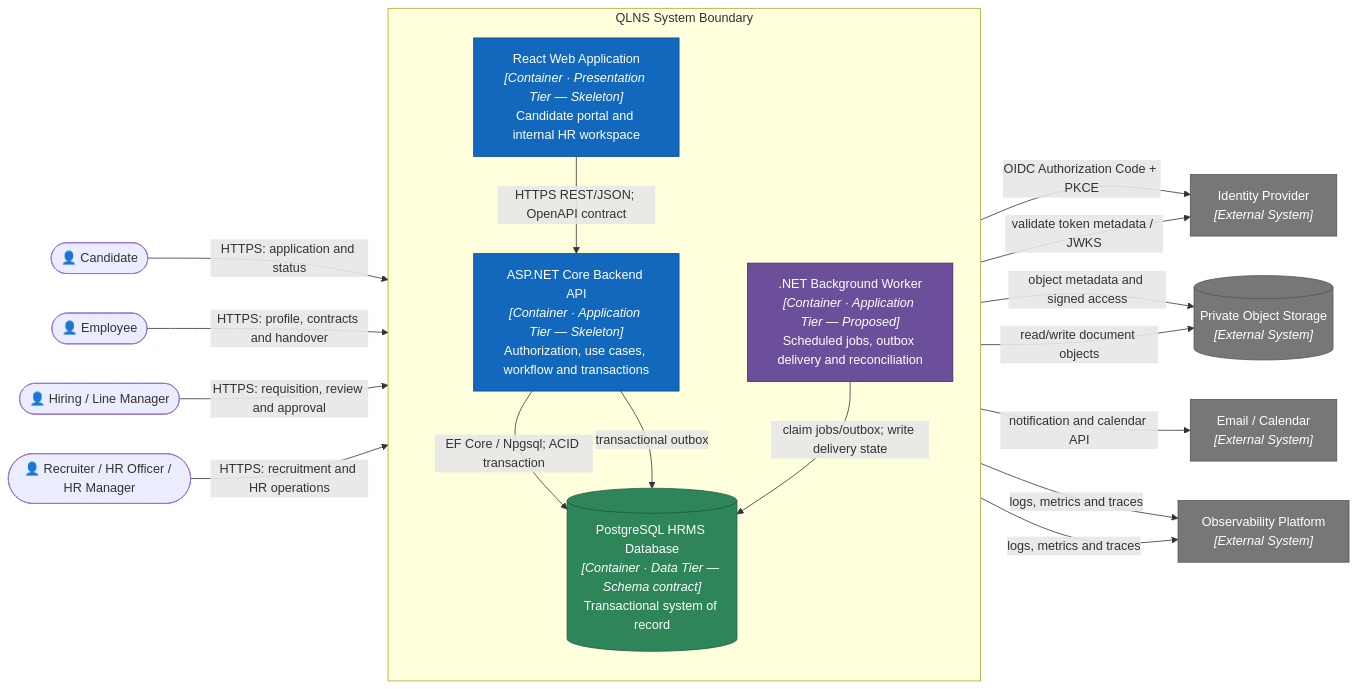
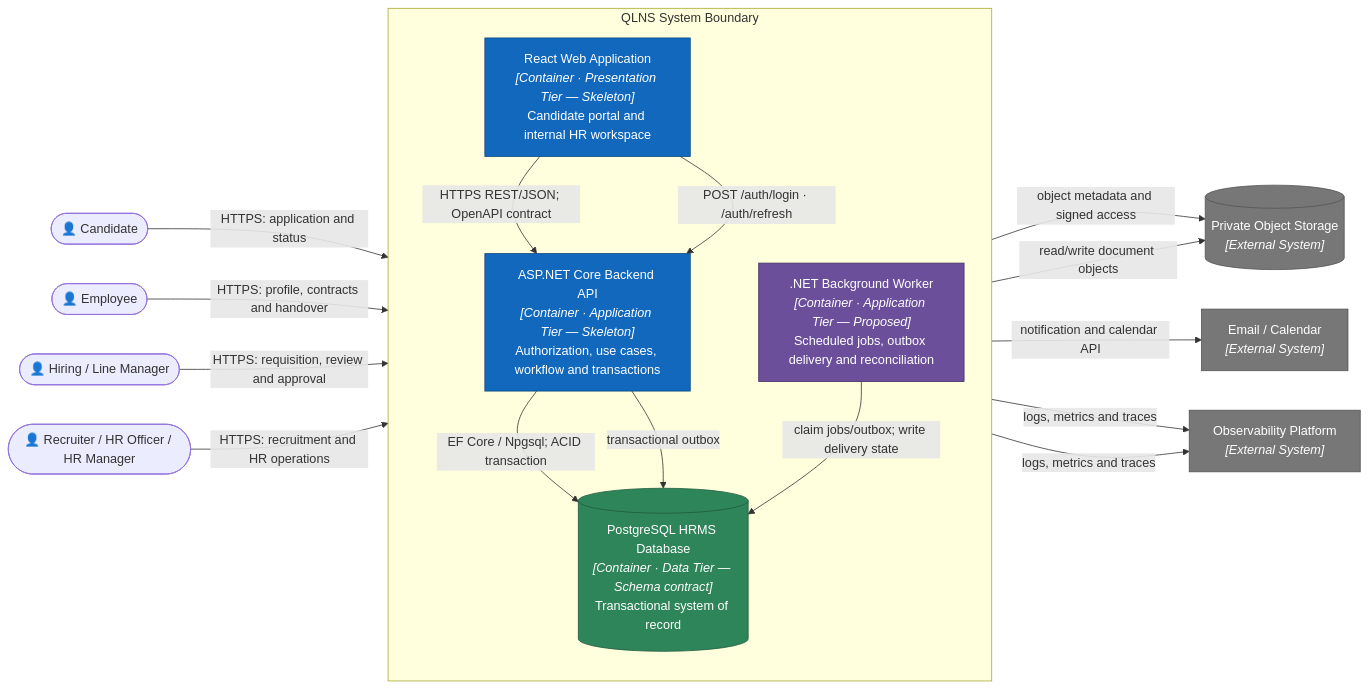
Before and after one commit to nvdat16/QLNS: the third of 12 diagrams in docs/architecture.md, drawn with Mermaid. The commit also changed other lines of this file and 14 other files, not shown here.

````diff
--- a/docs/architecture.md
+++ b/docs/architecture.md
@@ -153,47 +155,45 @@
 ```mermaid
 flowchart LR
     candidate(["👤 Candidate"])
     employee(["👤 Employee"])
     manager(["👤 Hiring / Line Manager"])
     hr(["👤 Recruiter / HR Officer / HR Manager"])
 
     subgraph system["QLNS System Boundary"]
         direction TB
         web["React Web Application<br/><i>[Container · Presentation Tier — Skeleton]</i><br/>Candidate portal and internal HR workspace"]
         api["ASP.NET Core Backend API<br/><i>[Container · Application Tier — Skeleton]</i><br/>Authorization, use cases, workflow and transactions"]
         worker[".NET Background Worker<br/><i>[Container · Application Tier — Proposed]</i><br/>Scheduled jobs, outbox delivery and reconciliation"]
         db[("PostgreSQL HRMS Database<br/><i>[Container · Data Tier — Schema contract]</i><br/>Transactional system of record")]
     end
 
-    idp["Identity Provider<br/><i>[External System]</i>"]
     comms["Email / Calendar<br/><i>[External System]</i>"]
     objects[("Private Object Storage<br/><i>[External System]</i>")]
     observe["Observability Platform<br/><i>[External System]</i>"]
 
     candidate -->|"HTTPS: application and status"| web
     employee -->|"HTTPS: profile, contracts and handover"| web
     manager -->|"HTTPS: requisition, review and approval"| web
     hr -->|"HTTPS: recruitment and HR operations"| web
 
     web -->|"HTTPS REST/JSON; OpenAPI contract"| api
-    web -->|"OIDC Authorization Code + PKCE"| idp
-    api -->|"validate token metadata / JWKS"| idp
+    web -->|"POST /auth/login · /auth/refresh"| api
     api -->|"EF Core / Npgsql; ACID transaction"| db
     api -->|"object metadata and signed access"| objects
     api -->|"transactional outbox"| db
 
     worker -->|"claim jobs/outbox; write delivery state"| db
     worker -->|"notification and calendar API"| comms
     worker -->|"read/write document objects"| objects
     api -->|"logs, metrics and traces"| observe
     worker -->|"logs, metrics and traces"| observe
 
     classDef partial fill:#1168bd,color:#fff,stroke:#0b4884
     classDef proposed fill:#6b4f9b,color:#fff,stroke:#463267
     classDef contract fill:#2f855a,color:#fff,stroke:#1f5b3d
     classDef external fill:#777,color:#fff,stroke:#555
     class web,api partial
     class worker proposed
     class db contract
-    class idp,comms,objects,observe external
+    class comms,objects,observe external
 ```
````
